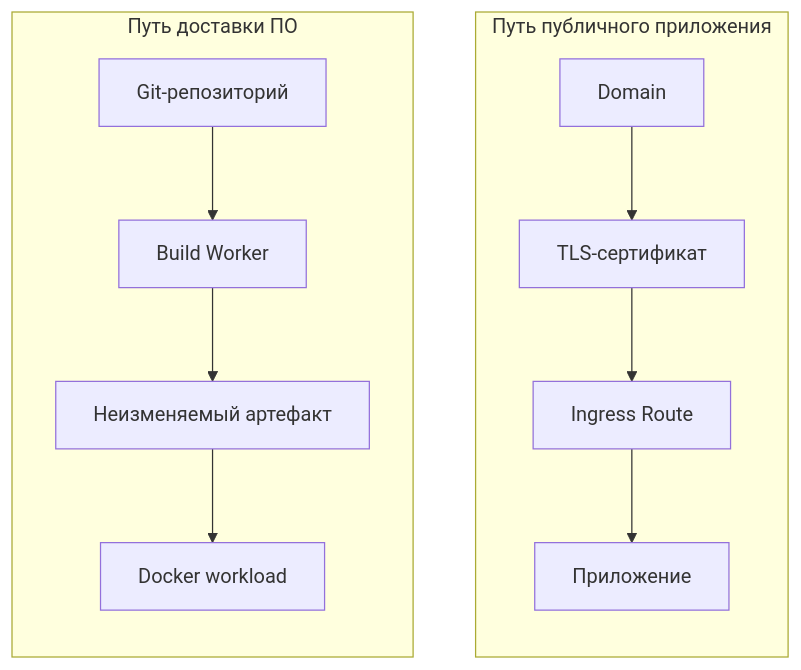
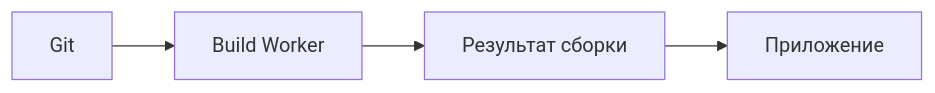
The second of 4 diagrams in src/content/docs/ru/index.mdx (the-square-labs/gateway-docs), drawn with Mermaid before and after one commit. The commit also changed other lines of this file and 74 other files, not shown here.

````diff
--- a/src/content/docs/ru/index.mdx
+++ b/src/content/docs/ru/index.mdx
@@ -43,12 +50,4 @@
 ```mermaid
-flowchart TB
-    subgraph ingress["Путь публичного приложения"]
-        direction TB
-        domain["Domain"] --> certificate["TLS-сертификат"] --> route["Ingress Route"] --> upstream["Приложение"]
-    end
-
-    subgraph delivery["Путь доставки ПО"]
-        direction TB
-        repository["Git-репозиторий"] --> worker["Build Worker"] --> artifact["Неизменяемый артефакт"] --> workload["Docker workload"]
-    end
+flowchart LR
+    git["Git"] --> worker["Build Worker"] --> artifact["Результат сборки"] --> workload["Приложение"]
 ```
````
